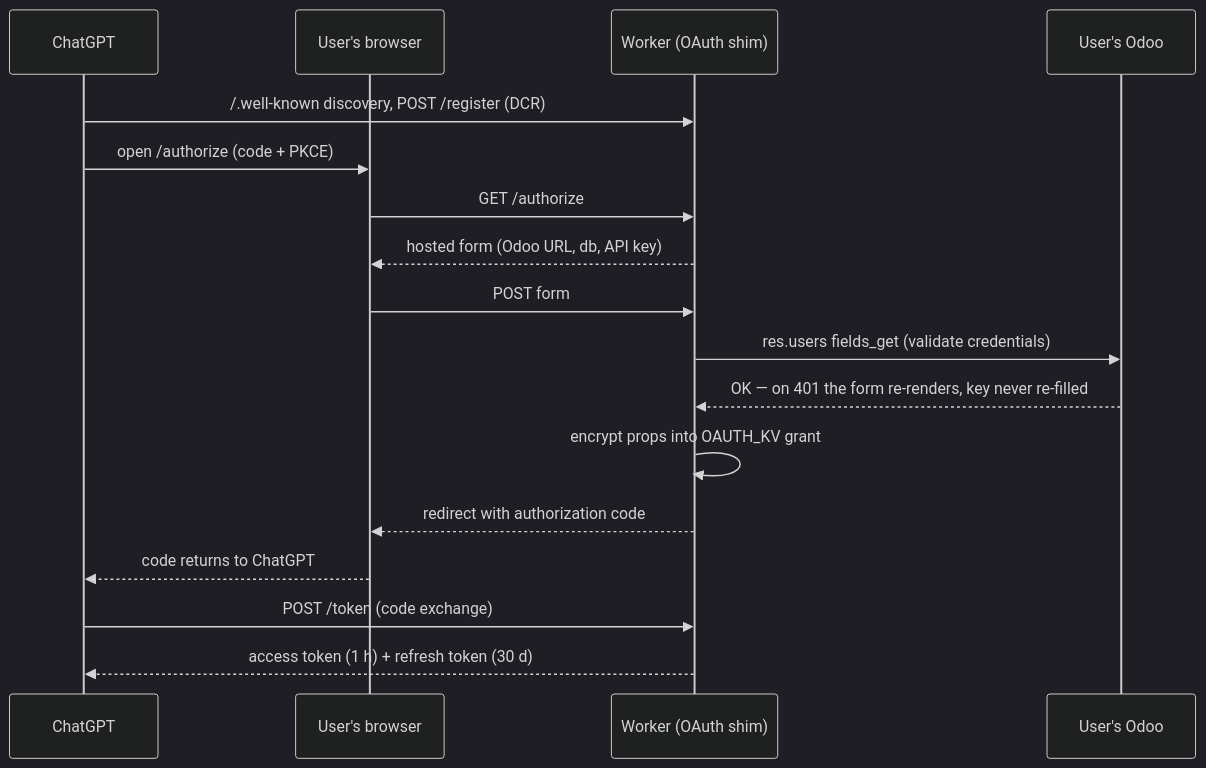
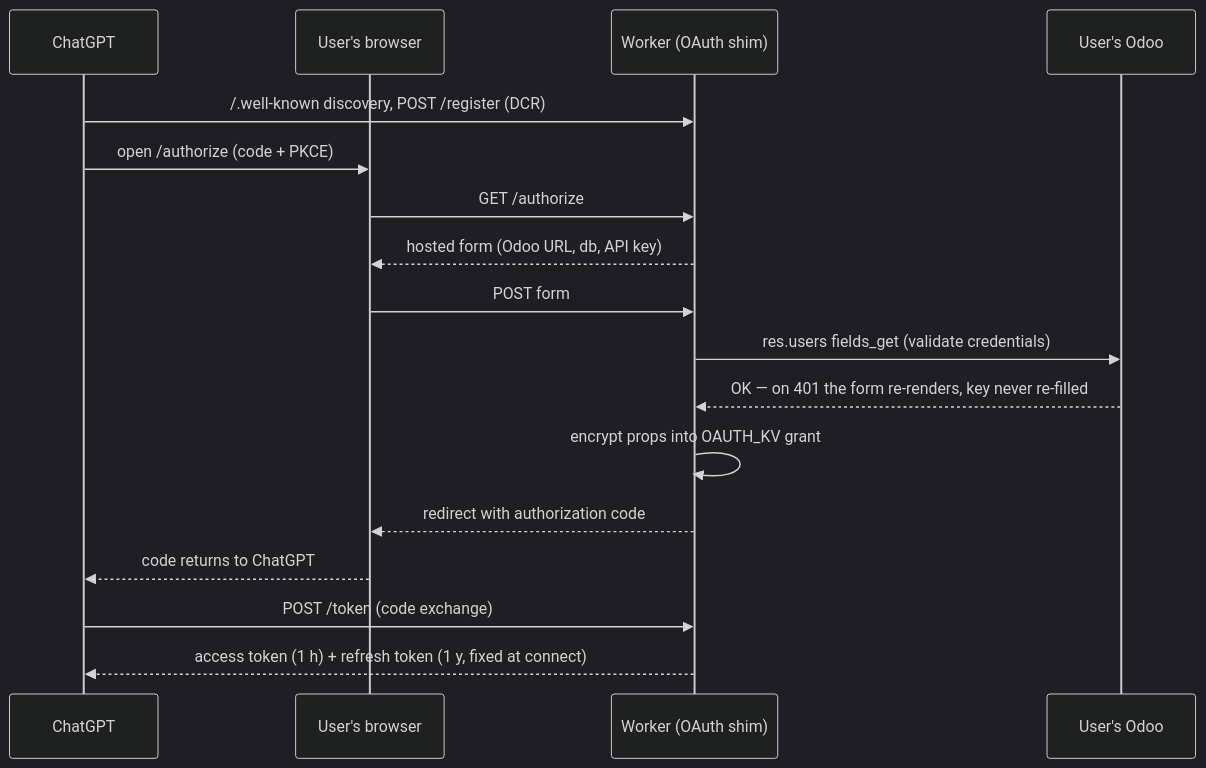
Before and after one commit to unstaticlabs/odoo-mcp: the second of 2 diagrams in docs/product/auth.md, drawn with Mermaid (dark theme). The commit also changed other lines of this file and 3 other files, not shown here.

````diff
--- a/docs/product/auth.md
+++ b/docs/product/auth.md
@@ -154,19 +159,19 @@
 ```mermaid
 sequenceDiagram
     participant G as ChatGPT
     participant B as User's browser
     participant W as Worker (OAuth shim)
     participant O as User's Odoo
     G->>W: /.well-known discovery, POST /register (DCR)
     G->>B: open /authorize (code + PKCE)
     B->>W: GET /authorize
     W-->>B: hosted form (Odoo URL, db, API key)
     B->>W: POST form
     W->>O: res.users fields_get (validate credentials)
     O-->>W: OK — on 401 the form re-renders, key never re-filled
     W->>W: encrypt props into OAUTH_KV grant
     W-->>B: redirect with authorization code
     B-->>G: code returns to ChatGPT
     G->>W: POST /token (code exchange)
-    W-->>G: access token (1 h) + refresh token (30 d)
+    W-->>G: access token (1 h) + refresh token (1 y, fixed at connect)
 ```
````
